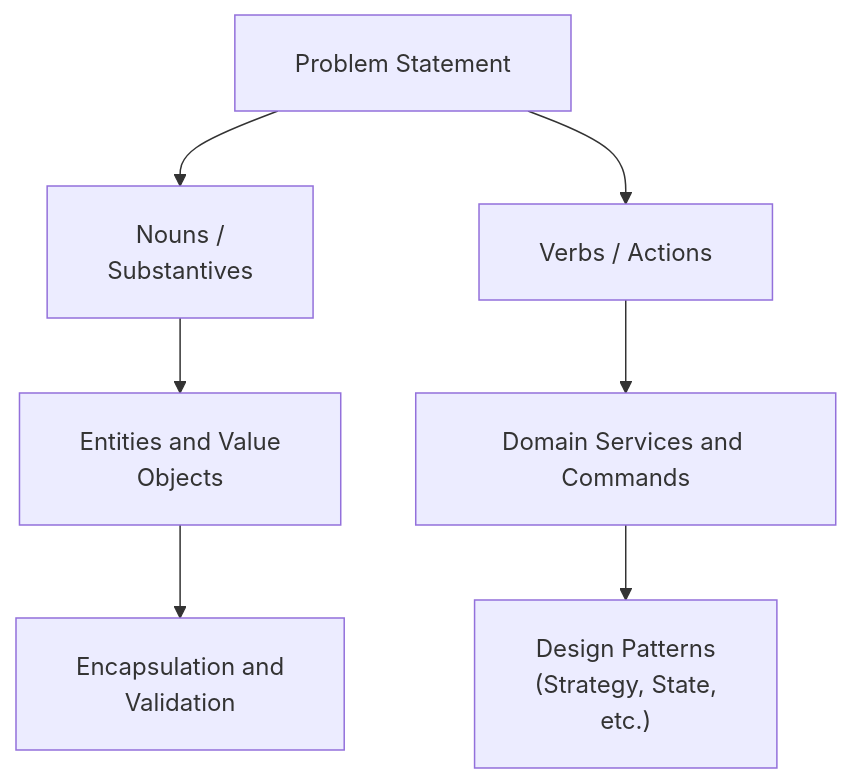
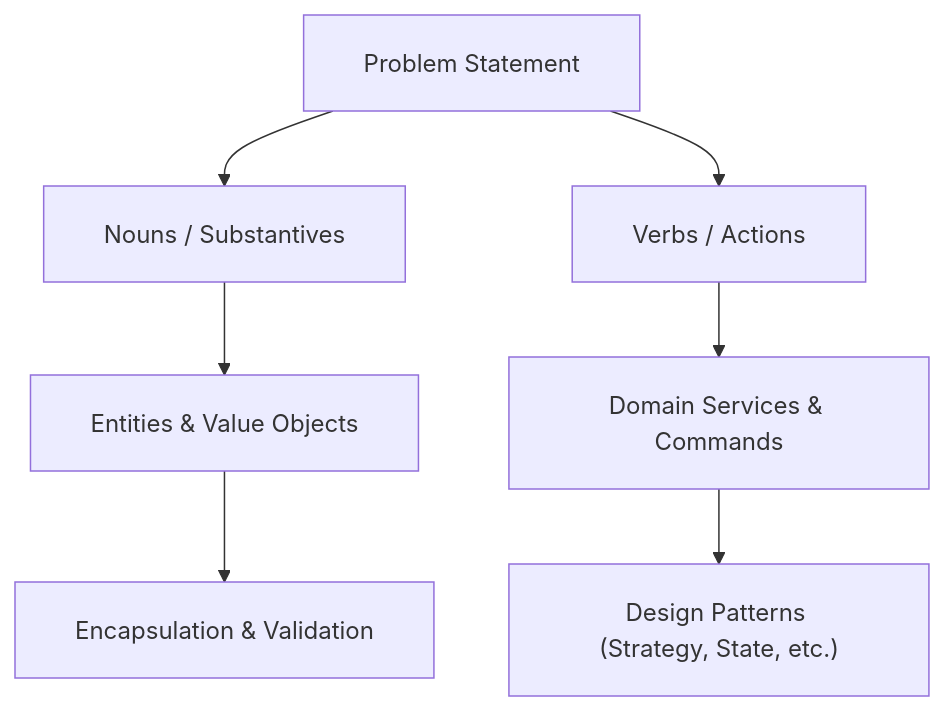
One commit to dip4k/DSA_102 changed the third of 3 diagrams in LLD/00_Core_Concepts/06_Interview_Execution_Framework.md. Above: the diagram before and after it, drawn with Mermaid. The commit also changed other lines of this file and 50 other files, not shown here.

````diff
--- a/LLD/00_Core_Concepts/06_Interview_Execution_Framework.md
+++ b/LLD/00_Core_Concepts/06_Interview_Execution_Framework.md
@@ -125,10 +97,10 @@
 ```mermaid
 %%{init: {"flowchart": {"htmlLabels": true, "padding": 20}, "themeCSS": "foreignObject { overflow: visible !important; }"}}%%
 flowchart TD
-    Text["Problem Statement"] --> Nouns["Nouns /<br/>Substantives"]
+    Text["Problem Statement"] --> Nouns["Nouns / Substantives"]
     Text --> Verbs["Verbs / Actions"]
-    Nouns --> Entities["Entities and Value<br/>Objects"]
-    Verbs --> Services["Domain Services and Commands"]
-    Entities --> Invariants["Encapsulation and<br/>Validation"]
-    Services --> Patterns["Design Patterns<br/>(Strategy, State,<br/>etc.)"]
+    Nouns --> Entities["Entities & Value Objects"]
+    Verbs --> Services["Domain Services & Commands"]
+    Entities --> Invariants["Encapsulation & Validation"]
+    Services --> Patterns["Design Patterns (Strategy, State, etc.)"]
 ```
````
